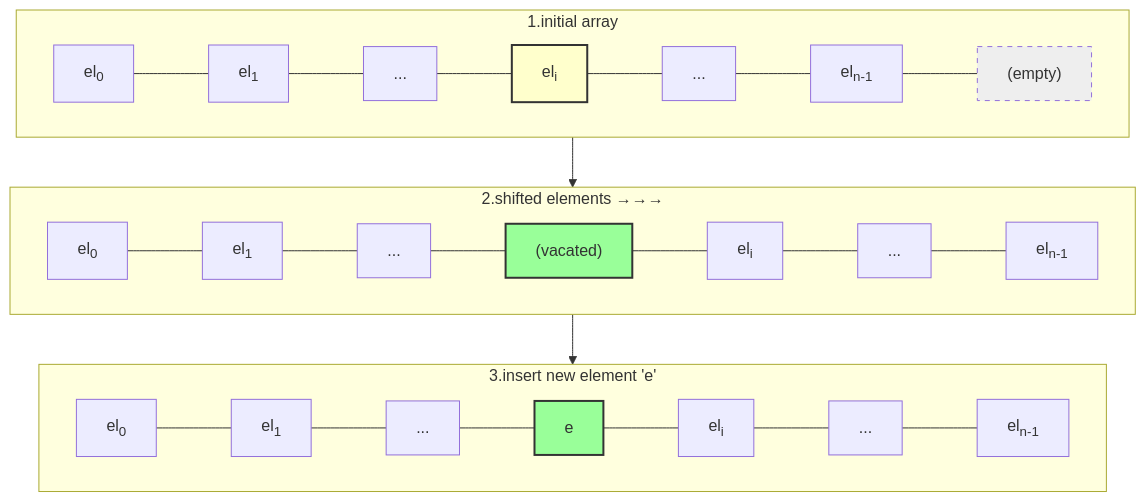
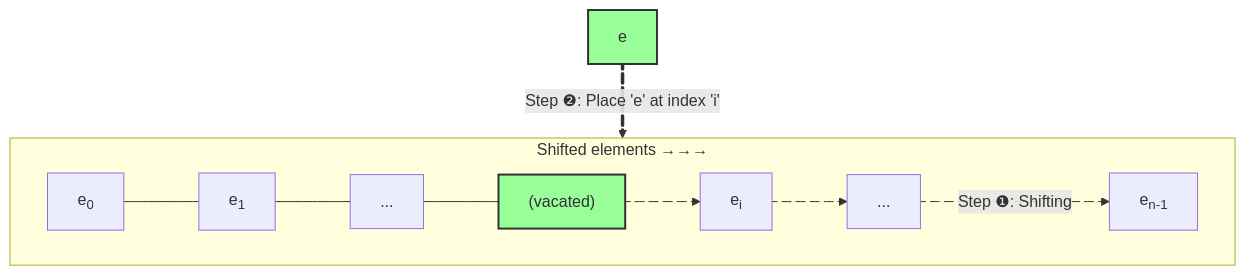
The first of 10 diagrams in lectures/lect-7-Lists.md (ruslylove/datastruct), drawn with Mermaid before and after one commit. The commit also changed other lines of this file and 1 other file, not shown here.

Commit message:
update diagram.

````diff
--- a/lectures/lect-7-Lists.md
+++ b/lectures/lect-7-Lists.md
@@ -93,28 +93,24 @@
-```mermaid {scale:0.55}
+```mermaid 
 graph TD
-    subgraph one [1.initial array]
+
+    subgraph two [Shifted elements →→→]
         direction LR
-        A["el<sub>0</sub>"] --- B["el<sub>1</sub>"] --- C["..."] --- D["el<sub>i</sub>"] --- E["..."] --- F["el<sub>n-1</sub>"] --- G["(empty)"]
-        style D fill:#ffc,stroke:#333,stroke-width:2px
-        style G fill:#eee,stroke-dasharray: 5 5
+        
+        A2["e<sub>0</sub>"] --- B2["e<sub>1</sub>"] --- C2["..."] --- D2["(vacated)"] e1@--> E2["e<sub>i</sub>"] e2@--> F2["..."] e3@-- Step ❶: Shifting --> G2["e<sub>n-1</sub>"]
+        
     end
 
-    subgraph two [2.shifted elements →→→]
-        direction LR
-        A2["el<sub>0</sub>"] --- B2["el<sub>1</sub>"] --- C2["..."] --- D2["(vacated)"] --- E2["el<sub>i</sub>"] --- F2["..."] --- G2["el<sub>n-1</sub>"]
-        style D2 fill:#9f9,stroke:#333,stroke-width:2px
-    end
+    e e4@== Step ❷: Place 'e' at index 'i' ==> two
 
-    subgraph three [3.insert new element 'e']
-        direction LR
-        A3["el<sub>0</sub>"] --- B3["el<sub>1</sub>"] --- C3["..."] --- D3["e"] --- E3["el<sub>i</sub>"] --- F3["..."] --- G3["el<sub>n-1</sub>"]
-        style D3 fill:#9f9,stroke:#333,stroke-width:2px
-    end
+    e1@{ animate: true, animation: fast }
+    e2@{ animate: true, animation: fast }
+    e3@{ animate: true, animation: fast }
+    e4@{ animate: true, animation: slow }
 
-    one --> two
-    two --> three
+    style D2 fill:#9f9,stroke:#333,stroke-width:2px
+    style e fill:#9f9,stroke:#333,stroke-width:2px
     
     %%"1. Initial Array" -- "Shift elements from index n-1 down to i" --> "2. Shift elements to the right"
     %%"2. Shift elements to the right" -- "Place new element 'e' at index i" --> "3. Insert new element 'e'"
     %%"3. Insert new element 'e'" --> End("End")
 ```
````
